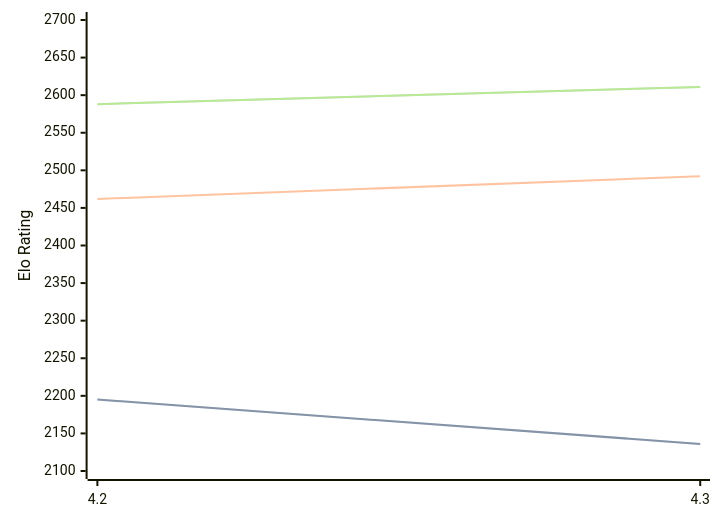
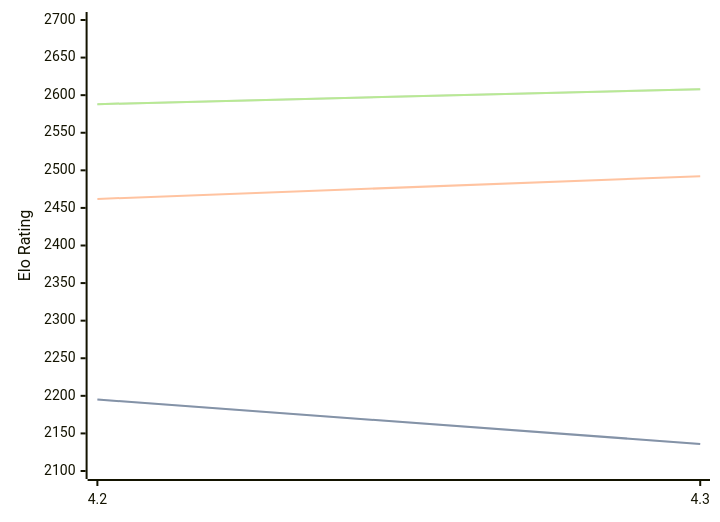
Before and after one commit to computer-chess-index/cci: the diagram in engines/Eubos.md, drawn with Mermaid. The commit also changed other lines of this file, not shown here.

Commit message:
Update CCI Ratings (ELO VLTC) - 2026-04-29

````diff
--- a/engines/Eubos.md
+++ b/engines/Eubos.md
@@ -88,11 +88,11 @@
 ```mermaid
 %%{init: {"theme":"base","themeVariables":{"seriesColors:['#a3a3a3','#222221','#faa371']}}}%%
 xychart-beta
   x-axis ["4.2", "4.3"]
   y-axis "Elo Rating" 2100 --> 2700
   line "STC (8.0+0.08s)" [2195, 2136]
   line "STC (8.0+0.08s)" [2195, 2136]
   line "LTC (60.0+0.60s)" [2462, 2492]
-  line "VLTC (2m24s+1.12s)" [2588, 2611]
-  line "VLTC (2m24s+1.12s)" [2588, 2611]
+  line "VLTC (2m24s+1.12s)" [2588, 2608]
+  line "VLTC (2m24s+1.12s)" [2588, 2608]
 ```
````
